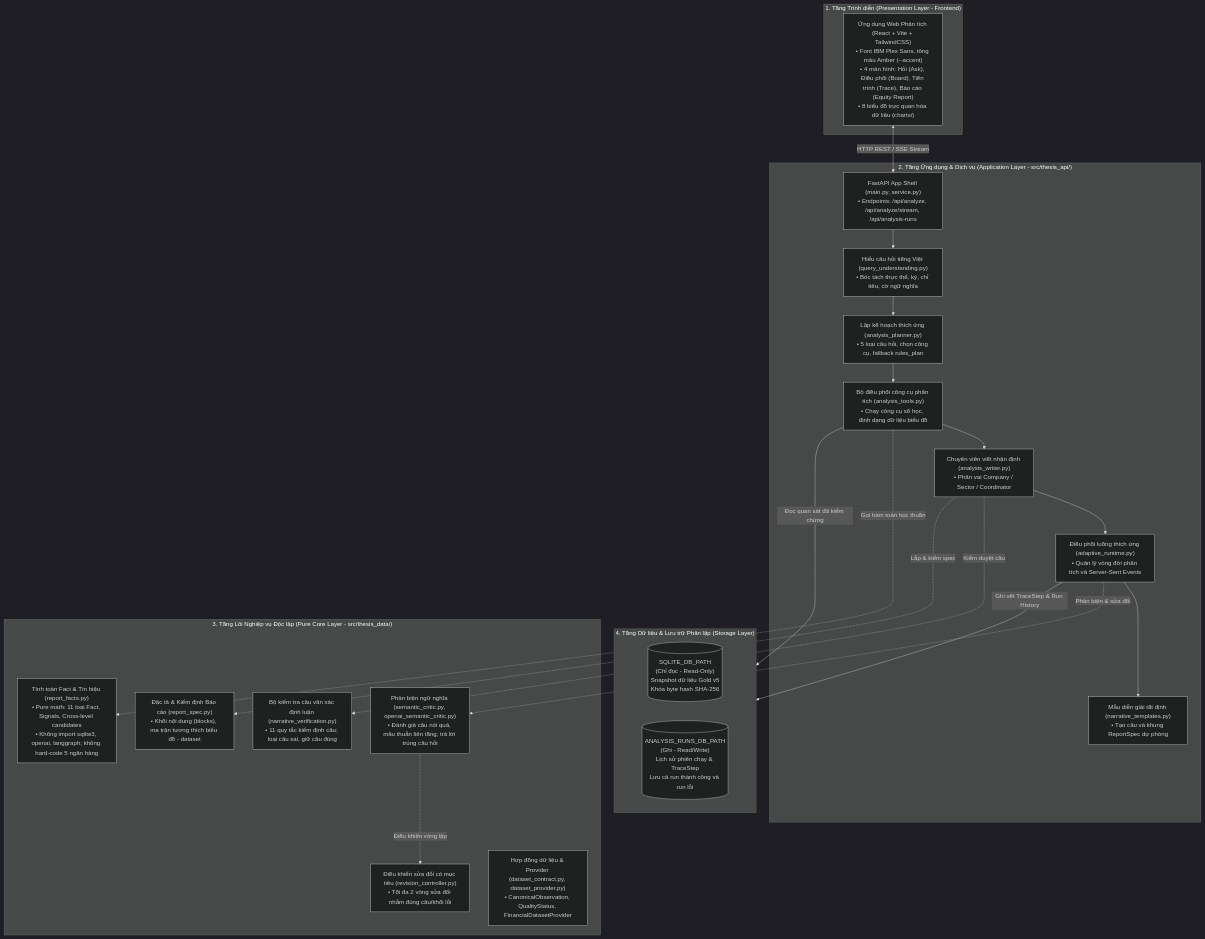
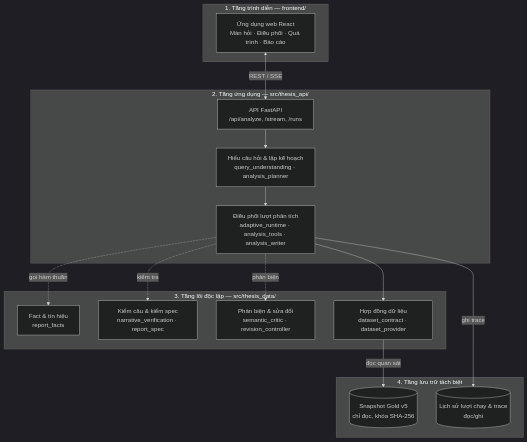
One commit to thaicuong576/final-thesis changed the diagram in docs/thesis-v2/figures/hinh-4-1-kien-truc-phan-tang.mmd. Above: the diagram before and after it, drawn with Mermaid (dark theme). The commit also changed 14 other files, not shown here.

```diff
--- a/docs/thesis-v2/figures/hinh-4-1-kien-truc-phan-tang.mmd
+++ b/docs/thesis-v2/figures/hinh-4-1-kien-truc-phan-tang.mmd
@@ -1,43 +1,31 @@
 flowchart TB
-    subgraph ClientLayer ["1. Tầng Trình diễn (Presentation Layer - Frontend)"]
-        UI["Ứng dụng Web Phân tích (React + Vite + TailwindCSS)<br/>• Font IBM Plex Sans, tông màu Amber (--accent)<br/>• 4 màn hình: Hỏi (Ask), Điều phối (Board), Tiến trình (Trace), Báo cáo (Equity Report)<br/>• 8 biểu đồ trực quan hóa dữ liệu (charts/)"]
+    subgraph L1 ["1. Tầng trình diễn — frontend/"]
+        UI["Ứng dụng web React<br/>Màn hỏi · Điều phối · Quá trình · Báo cáo"]
     end
 
-    subgraph ApplicationLayer ["2. Tầng Ứng dụng & Dịch vụ (Application Layer - src/thesis_api/)"]
-        API["FastAPI App Shell (main.py, service.py)<br/>• Endpoints: /api/analyze, /api/analyze/stream, /api/analysis-runs"]
-        QU["Hiểu câu hỏi tiếng Việt (query_understanding.py)<br/>• Bóc tách thực thể, kỳ, chỉ tiêu, cờ ngữ nghĩa"]
-        AP["Lập kế hoạch thích ứng (analysis_planner.py)<br/>• 5 loại câu hỏi, chọn công cụ, fallback rules_plan"]
-        AT["Bộ điều phối công cụ phân tích (analysis_tools.py)<br/>• Chạy công cụ số học, định dạng dữ liệu biểu đồ"]
-        AW["Chuyên viên viết nhận định (analysis_writer.py)<br/>• Phân vai Company / Sector / Coordinator"]
-        NT["Mẫu diễn giải tất định (narrative_templates.py)<br/>• Tạo câu và khung ReportSpec dự phòng"]
-        AR["Điều phối luồng thích ứng (adaptive_runtime.py)<br/>• Quản lý vòng đời phân tích và Server-Sent Events"]
+    subgraph L2 ["2. Tầng ứng dụng — src/thesis_api/"]
+        API["API FastAPI<br/>/api/analyze, /stream, /runs"]
+        PLAN["Hiểu câu hỏi & lập kế hoạch<br/>query_understanding · analysis_planner"]
+        RUN["Điều phối lượt phân tích<br/>adaptive_runtime · analysis_tools · analysis_writer"]
     end
 
-    subgraph CoreLayer ["3. Tầng Lõi Nghiệp vụ Độc lập (Pure Core Layer - src/thesis_data/)"]
-        RF["Tính toán Fact & Tín hiệu (report_facts.py)<br/>• Pure math: 11 loại Fact, Signals, Cross-level candidates<br/>• Không import sqlite3, openai, langgraph; không hard-code 5 ngân hàng"]
-        NV["Bộ kiểm tra câu văn xác định luận (narrative_verification.py)<br/>• 11 quy tắc kiểm định câu; loại câu sai, giữ câu đúng"]
-        RS["Đặc tả & Kiểm định Báo cáo (report_spec.py)<br/>• Khối nội dung (blocks), ma trận tương thích biểu đồ - dataset"]
-        SC["Phản biện ngữ nghĩa (semantic_critic.py, openai_semantic_critic.py)<br/>• Đánh giá câu nói quá, mâu thuẫn liên tầng, trả lời trúng câu hỏi"]
-        RC["Điều khiển sửa đổi có mục tiêu (revision_controller.py)<br/>• Tối đa 2 vòng sửa đổi nhắm đúng câu/khối lỗi"]
-        DC["Hợp đồng dữ liệu & Provider (dataset_contract.py, dataset_provider.py)<br/>• CanonicalObservation, QualityStatus, FinancialDatasetProvider"]
+    subgraph L3 ["3. Tầng lõi độc lập — src/thesis_data/"]
+        FACT["Fact & tín hiệu<br/>report_facts"]
+        VER["Kiểm câu & kiểm spec<br/>narrative_verification · report_spec"]
+        CRIT["Phản biện & sửa đổi<br/>semantic_critic · revision_controller"]
+        PROV["Hợp đồng dữ liệu<br/>dataset_contract · dataset_provider"]
     end
 
-    subgraph StorageLayer ["4. Tầng Dữ liệu & Lưu trữ Phân lập (Storage Layer)"]
-        direction LR
-        SQLITE_RO[("SQLITE_DB_PATH<br/>(Chỉ đọc - Read-Only)<br/>Snapshot dữ liệu Gold v5<br/>Khóa byte hash SHA-256")]
-        RUNS_RW[("ANALYSIS_RUNS_DB_PATH<br/>(Ghi - Read/Write)<br/>Lịch sử phiên chạy & TraceStep<br/>Lưu cả run thành công và run lỗi")]
+    subgraph L4 ["4. Tầng lưu trữ tách biệt"]
+        GOLD[("Snapshot Gold v5<br/>chỉ đọc, khóa SHA-256")]
+        RUNS[("Lịch sử lượt chạy & trace<br/>đọc/ghi")]
     end
 
-    UI <-->|"HTTP REST / SSE Stream"| API
-    API --> QU --> AP --> AT
-    AT --> AW --> AR
-    AR --> NT
-
-    AT -.->|"Gọi hàm toán học thuần"| RF
-    AW -.->|"Kiểm duyệt câu"| NV
-    AW -.->|"Lắp & kiểm spec"| RS
-    AR -.->|"Phản biện & sửa đổi"| SC
-    SC -.->|"Điều khiển vòng lặp"| RC
-
-    AT -->|"Đọc quan sát đã kiểm chứng"| SQLITE_RO
-    AR -->|"Ghi vết TraceStep & Run History"| RUNS_RW
+    UI <-->|REST / SSE| API
+    API --> PLAN --> RUN
+    RUN -.->|gọi hàm thuần| FACT
+    RUN -.->|kiểm tra| VER
+    RUN -.->|phản biện| CRIT
+    RUN --> PROV
+    PROV -->|đọc quan sát| GOLD
+    RUN -->|ghi trace| RUNS
```
